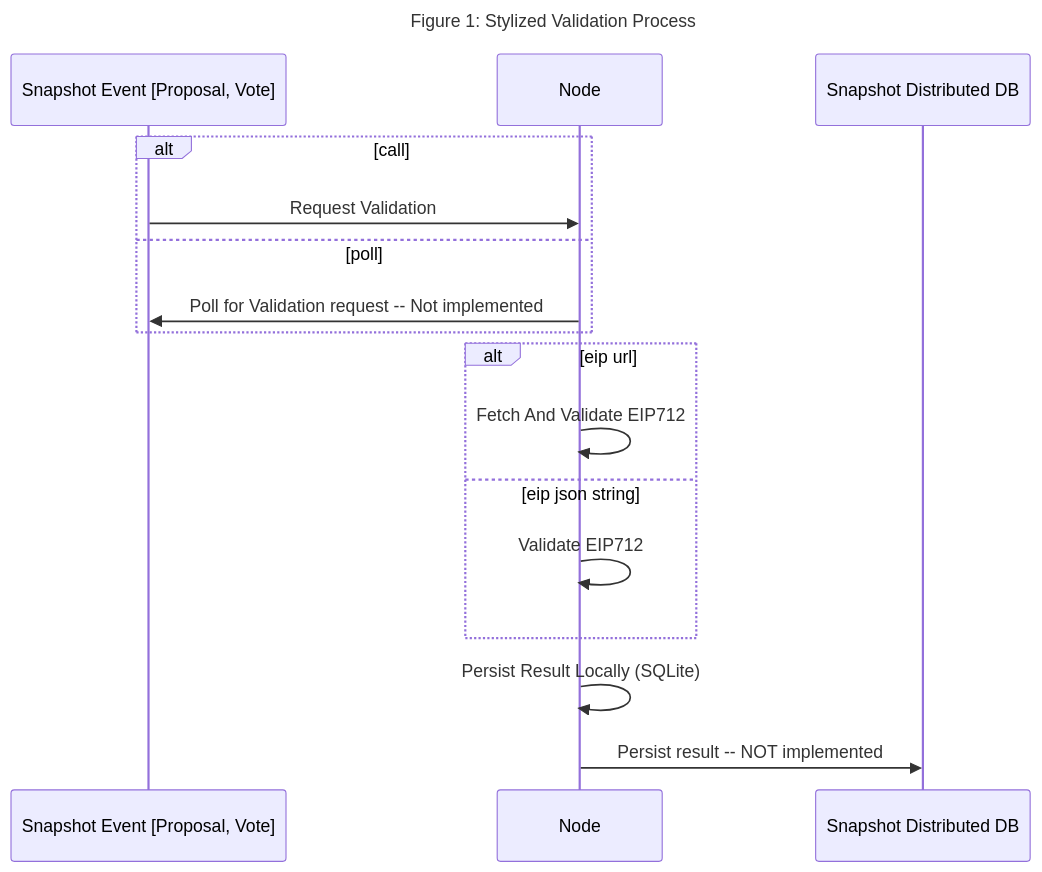
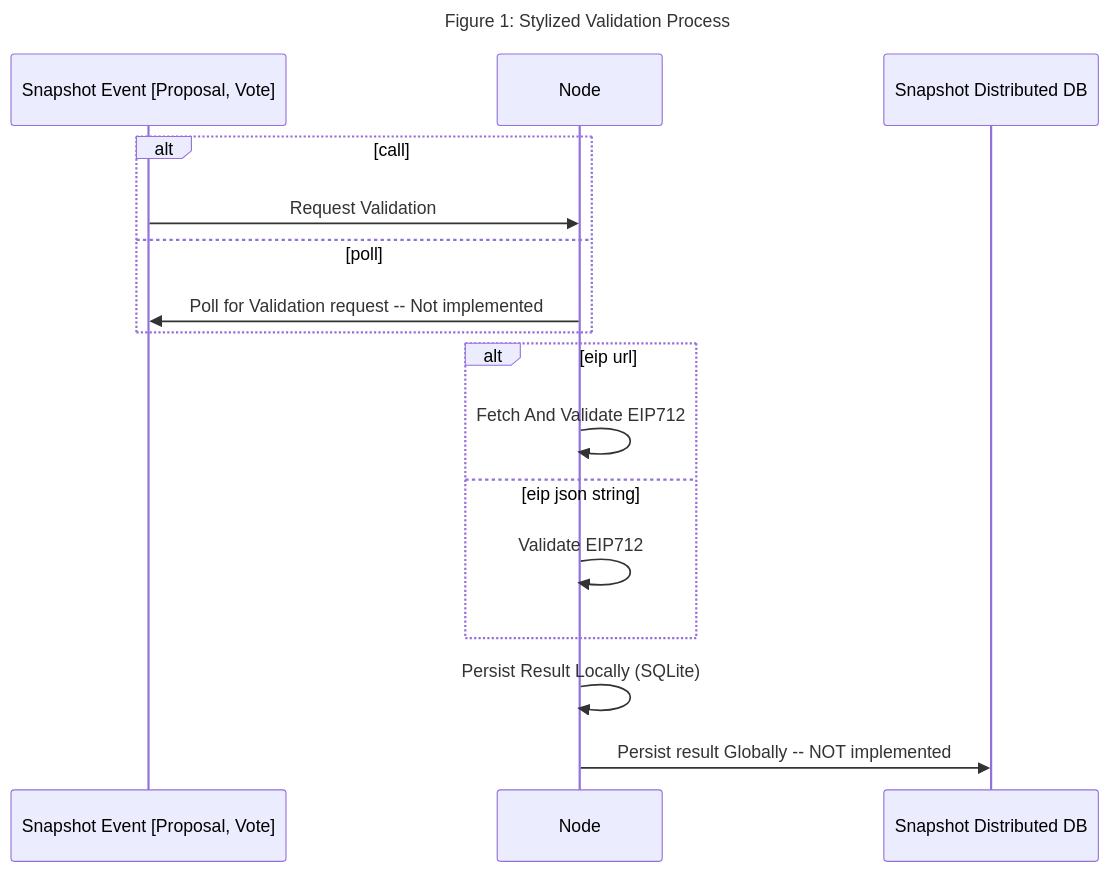
Before and after one commit to fluencelabs/eip712-validation-node: the first of 2 diagrams in README.md, drawn with Mermaid. The commit also changed other lines of this file, not shown here.

Commit message:
update, fix speling

````diff
--- a/README.md
+++ b/README.md
@@ -9,21 +9,21 @@
 ```mermaid
     sequenceDiagram
     title: Figure 1: Stylized Validation Process
 
     participant E as Snapshot Event [Proposal, Vote]    
     participant N as Node
     participant D as Snapshot Distributed DB
 
     alt call
         E ->> N: Request Validation
     else poll
         N ->> E: Poll for Validation request -- Not implemented
     end
     alt eip url
         N ->> N: Fetch And Validate EIP712
     else eip json string
         N ->> N: Validate EIP712
     end
     N ->> N: Persist Result Locally (SQLite)
-    N ->> D: Persist result -- NOT implemented
+    N ->> D: Persist result Globally -- NOT implemented
 ```
````
